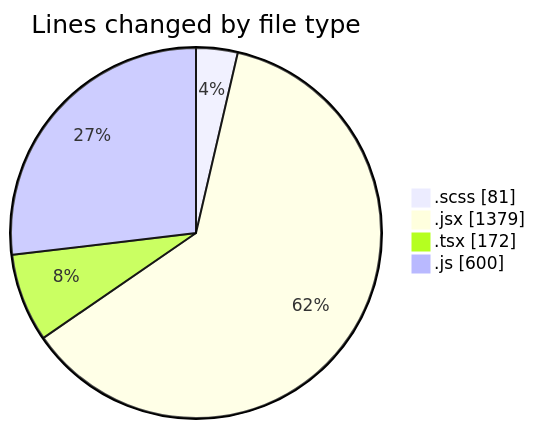
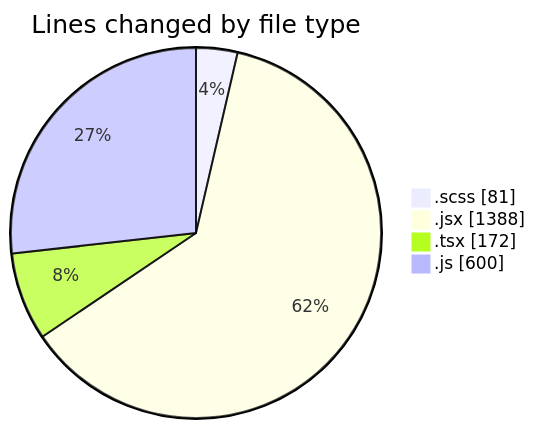
Before and after one commit to momahboobian/code-tracking: the first of 2 diagrams in 2025-06-03/cda/README.md, drawn with Mermaid. The commit also changed other lines of this file and 1 other file, not shown here.

````diff
--- a/2025-06-03/cda/README.md
+++ b/2025-06-03/cda/README.md
@@ -25,8 +25,8 @@
 ```mermaid
 pie showData
 title Lines changed by file type
 ".scss" : 81
-".jsx" : 1379
+".jsx" : 1388
 ".tsx" : 172
 ".js" : 600
 ```
````
